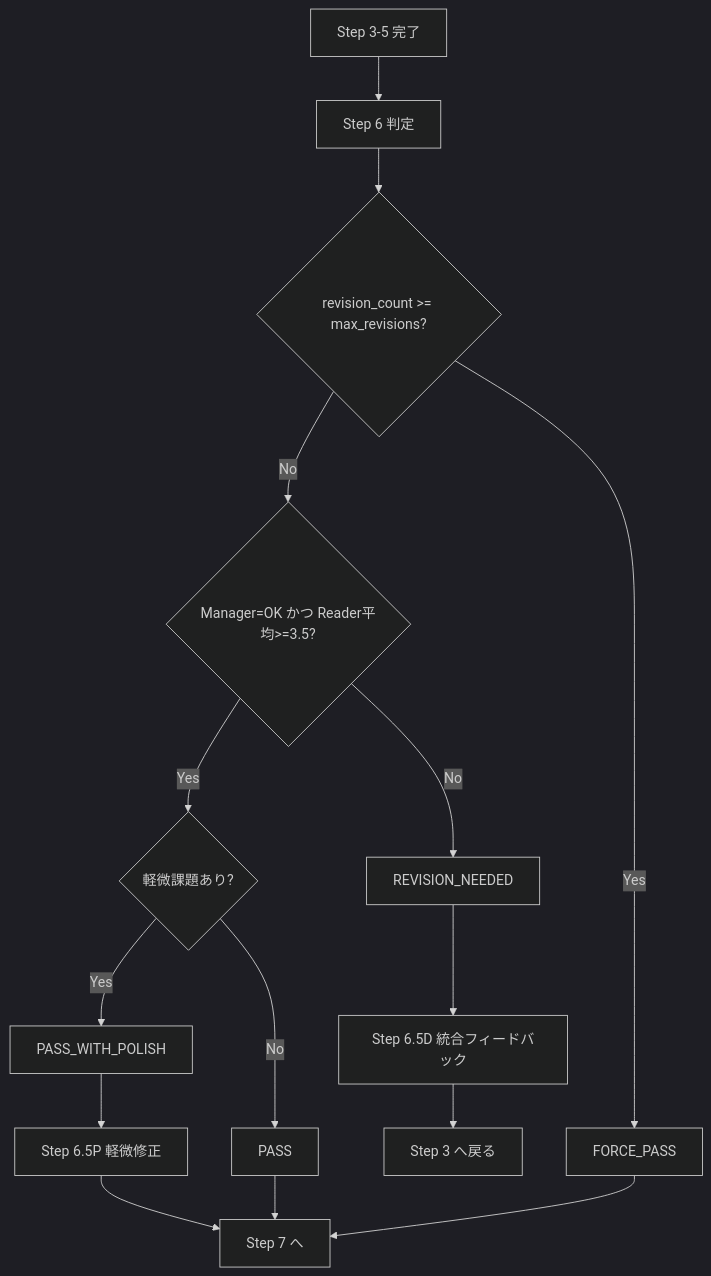
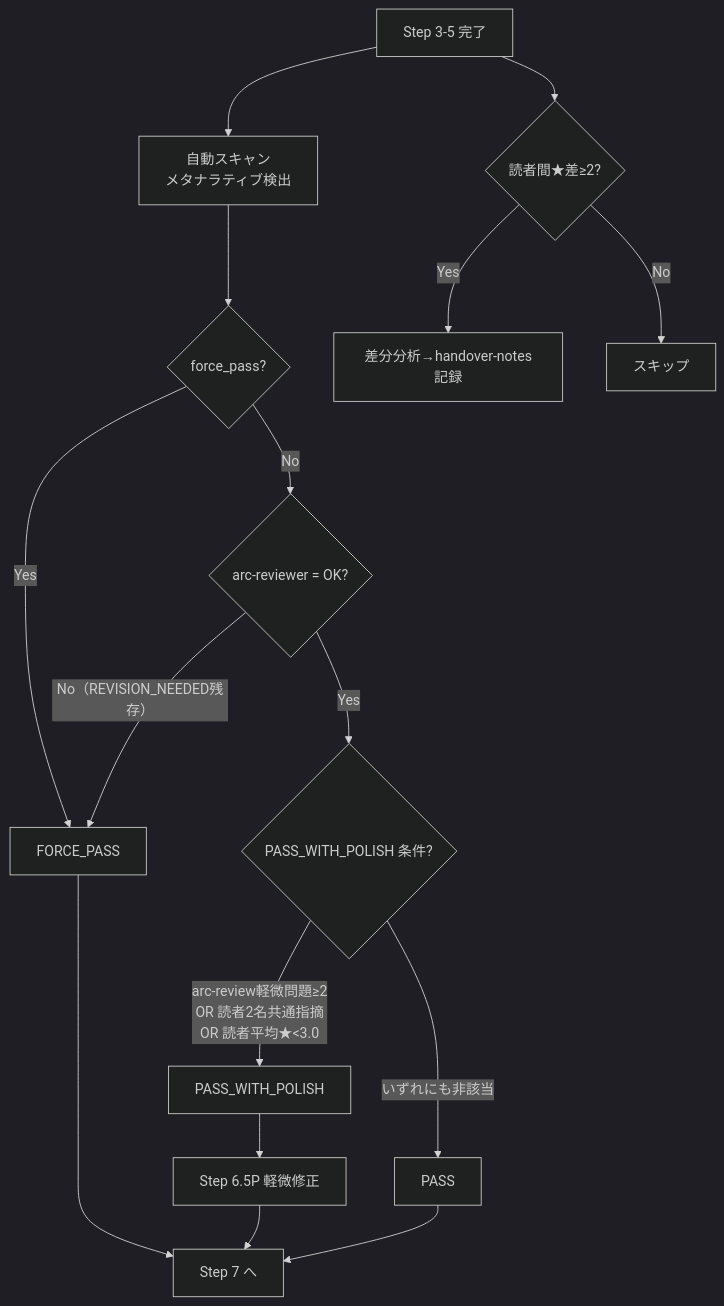
The second of 4 diagrams in docs/workflows.md (finelagusaz/Agentic_Writing), drawn with Mermaid (dark theme) before and after one commit. The commit also changed other lines of this file and 3 other files, not shown here.

````diff
--- a/docs/workflows.md
+++ b/docs/workflows.md
@@ -80,18 +116,20 @@
 ```mermaid
 flowchart TD
-    A["Step 3-5 完了"] --> B["Step 6 判定"]
-    B --> C{"revision_count >= max_revisions?"}
+    A["Step 3-5 完了"] --> S0["自動スキャン<br/>メタナラティブ検出"]
+    S0 --> C{"force_pass?"}
     C -->|Yes| FP["FORCE_PASS"]
-    C -->|No| D{"Manager=OK かつ Reader平均>=3.5?"}
-    D -->|No| R["REVISION_NEEDED"]
-    D -->|Yes| E{"軽微課題あり?"}
-    E -->|Yes| PWP["PASS_WITH_POLISH"]
-    E -->|No| PASS["PASS"]
+    C -->|No| D{"arc-reviewer = OK?"}
+    D -->|No（REVISION_NEEDED残存）| FP
+    D -->|Yes| E{"PASS_WITH_POLISH 条件?"}
+    E -->|"arc-review軽微問題≥2<br/>OR 読者2名共通指摘<br/>OR 読者平均★<3.0"| PWP["PASS_WITH_POLISH"]
+    E -->|いずれにも非該当| PASS["PASS"]
 
-    R --> RD["Step 6.5D 統合フィードバック"]
-    RD --> LOOP["Step 3 へ戻る"]
     PWP --> POL["Step 6.5P 軽微修正"]
     POL --> FIN["Step 7 へ"]
     PASS --> FIN
     FP --> FIN
+
+    A --> GAP{"読者間★差≥2?"}
+    GAP -->|Yes| ANAL["差分分析→handover-notes記録"]
+    GAP -->|No| SKIP["スキップ"]
 ```
````
